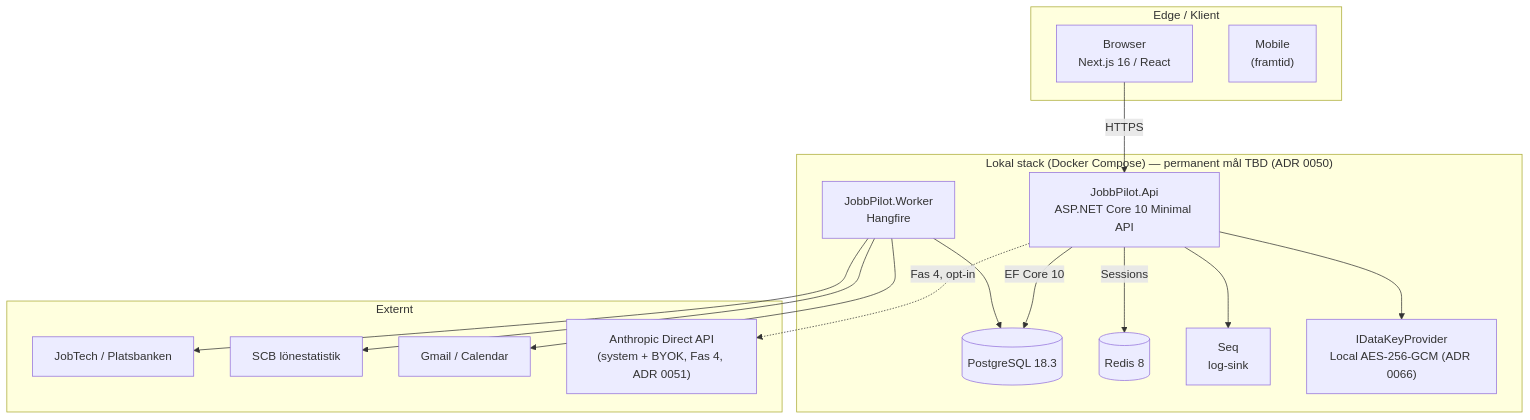
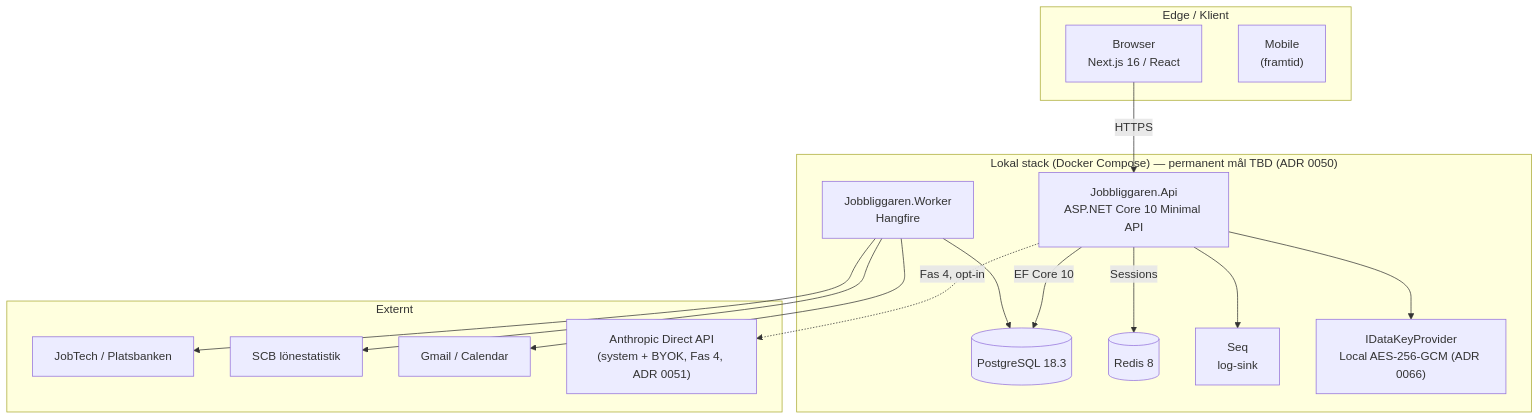
One commit to klasolsson81/jobbliggaren changed the second of 3 diagrams in README.md. Above: the diagram before and after it, drawn with Mermaid. The commit also changed other lines of this file and 2149 other files, not shown here.

First line of the commit message:
refactor: rename JobbPilot → Jobbliggaren (ADR 0069) (#66)

````diff
--- a/README.md
+++ b/README.md
@@ -272,34 +272,34 @@
 ```mermaid
 flowchart TB
     subgraph Edge["Edge / Klient"]
         Browser["Browser<br/>Next.js 16 / React"]
         Mobile["Mobile<br/>(framtid)"]
     end
 
     subgraph Local["Lokal stack (Docker Compose) — permanent mål TBD (ADR 0050)"]
-        Api["JobbPilot.Api<br/>ASP.NET Core 10 Minimal API"]
-        Worker["JobbPilot.Worker<br/>Hangfire"]
+        Api["Jobbliggaren.Api<br/>ASP.NET Core 10 Minimal API"]
+        Worker["Jobbliggaren.Worker<br/>Hangfire"]
         DB[("PostgreSQL 18.3")]
         Redis[("Redis 8")]
         Seq["Seq<br/>log-sink"]
         DEK["IDataKeyProvider<br/>Local AES-256-GCM (ADR 0066)"]
     end
 
     subgraph External["Externt"]
         JobTech["JobTech / Platsbanken"]
         SCB["SCB lönestatistik"]
         Gmail["Gmail / Calendar"]
         Anthropic["Anthropic Direct API<br/>(system + BYOK, Fas 4, ADR 0051)"]
     end
 
     Browser -->|HTTPS| Api
     Api -->|EF Core 10| DB
     Api -->|Sessions| Redis
     Api --> Seq
     Api --> DEK
     Api -.->|Fas 4, opt-in| Anthropic
     Worker --> DB
     Worker --> JobTech
     Worker --> SCB
     Worker --> Gmail
 ```
````
